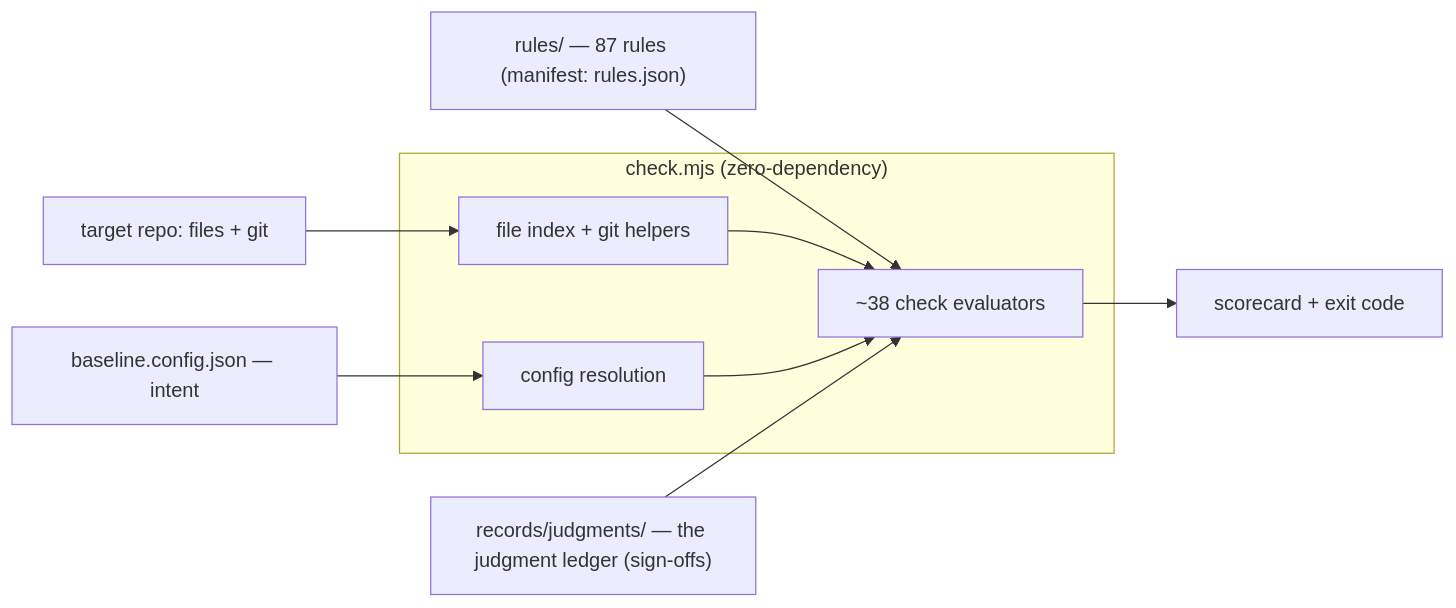
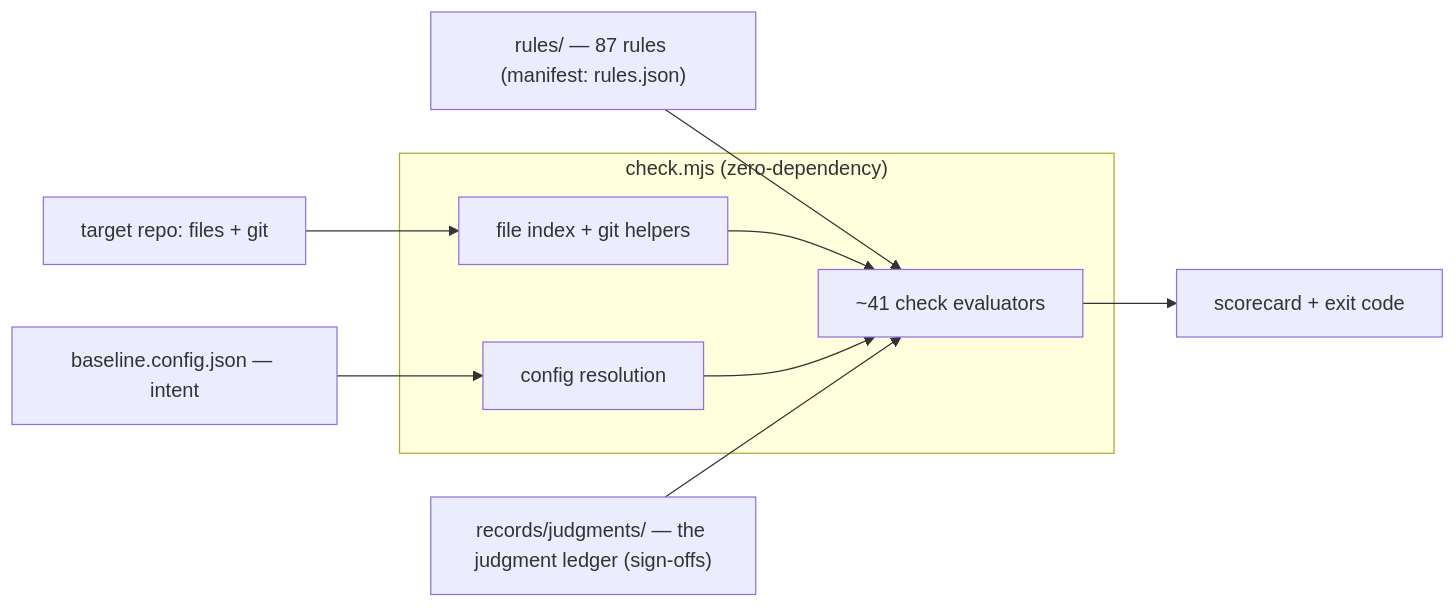
Before and after one commit to AdarGit008/baseline-skill: the first of 3 diagrams in REFERENCE.md, drawn with Mermaid. The commit also changed other lines of this file and 28 other files, not shown here.

````diff
--- a/REFERENCE.md
+++ b/REFERENCE.md
@@ -58,12 +58,12 @@
 ```mermaid
 flowchart LR
   CFG["baseline.config.json — intent"] --> RES
   RULES["rules/ — 87 rules (manifest: rules.json)"] --> EVAL
   REPO["target repo: files + git"] --> IDX
   subgraph ENGINE["check.mjs (zero-dependency)"]
-    IDX["file index + git helpers"] --> EVAL["~38 check evaluators"]
+    IDX["file index + git helpers"] --> EVAL["~41 check evaluators"]
     RES["config resolution"] --> EVAL
   end
   SO["records/judgments/ — the judgment ledger (sign-offs)"] --> EVAL
   EVAL --> OUT["scorecard + exit code"]
 ```
````
